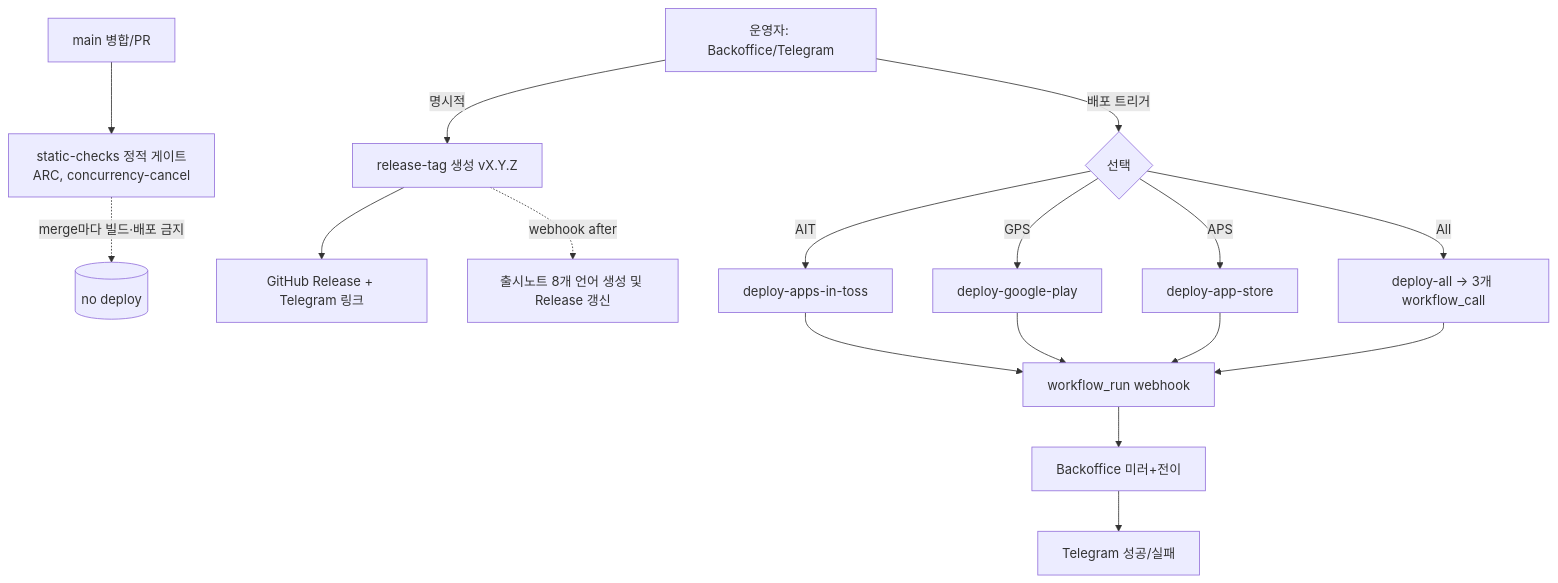
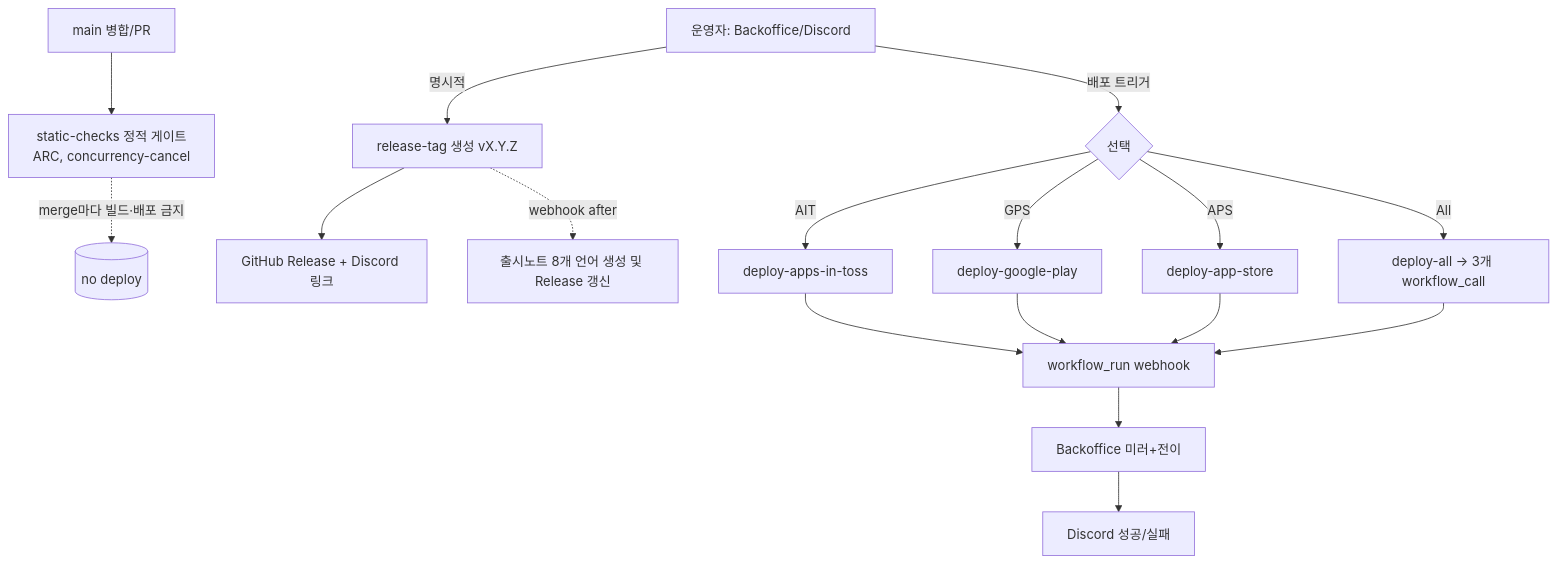
The third of 3 diagrams in docs/ci-cd/org-cicd-release-system.md (seorilabs/seorilabs-backoffice), drawn with Mermaid before and after one commit. The commit also changed other lines of this file and 8 other files, not shown here.

````diff
--- a/docs/ci-cd/org-cicd-release-system.md
+++ b/docs/ci-cd/org-cicd-release-system.md
@@ -263,16 +263,16 @@
 ```mermaid
 flowchart TD
   M[main 병합/PR] --> SC[static-checks 정적 게이트<br/>ARC, concurrency-cancel]
   SC -.->|merge마다 빌드·배포 금지| X[(no deploy)]
 
-  R[운영자: Backoffice/Telegram] -->|명시적| T[release-tag 생성 vX.Y.Z]
-  T --> N[GitHub Release + Telegram 링크]
+  R[운영자: Backoffice/Discord] -->|명시적| T[release-tag 생성 vX.Y.Z]
+  T --> N[GitHub Release + Discord 링크]
   T -. webhook after .-> I18N[출시노트 8개 언어 생성 및 Release 갱신]
   R -->|배포 트리거| D{선택}
   D -->|AIT| DA[deploy-apps-in-toss]
   D -->|GPS| DG[deploy-google-play]
   D -->|APS| DP[deploy-app-store]
   D -->|All| ALL[deploy-all → 3개 workflow_call]
   DA & DG & DP & ALL --> W[workflow_run webhook]
-  W --> BO2[Backoffice 미러+전이] --> TGN[Telegram 성공/실패]
+  W --> BO2[Backoffice 미러+전이] --> DCN[Discord 성공/실패]
 ```
````
